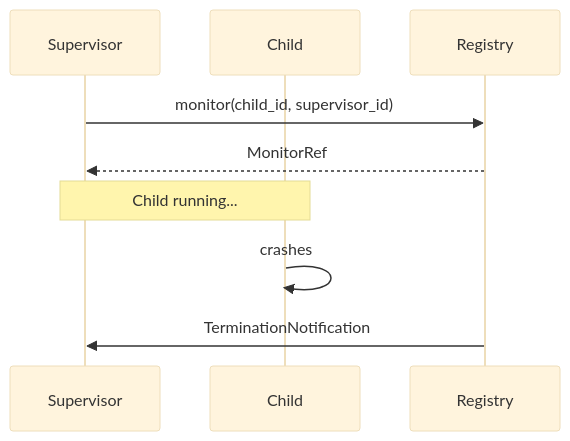
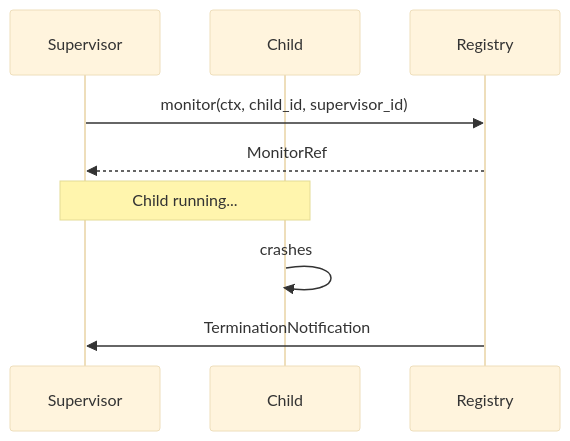
Before and after one commit to bhatti/PlexSpaces: the ninth of 16 diagrams in docs/actor-system.md, drawn with Mermaid (base theme). The commit also changed other lines of this file and 349 other files, not shown here.

````diff
--- a/docs/actor-system.md
+++ b/docs/actor-system.md
@@ -1145,14 +1145,14 @@
 ```mermaid
 sequenceDiagram
     participant Supervisor
     participant Child
     participant Registry
     
-    Supervisor->>Registry: monitor(child_id, supervisor_id)
+    Supervisor->>Registry: monitor(ctx, child_id, supervisor_id)
     Registry-->>Supervisor: MonitorRef
     
     Note over Supervisor,Child: Child running...
     
     Child->>Child: crashes
     Registry->>Supervisor: TerminationNotification
 ```
````
